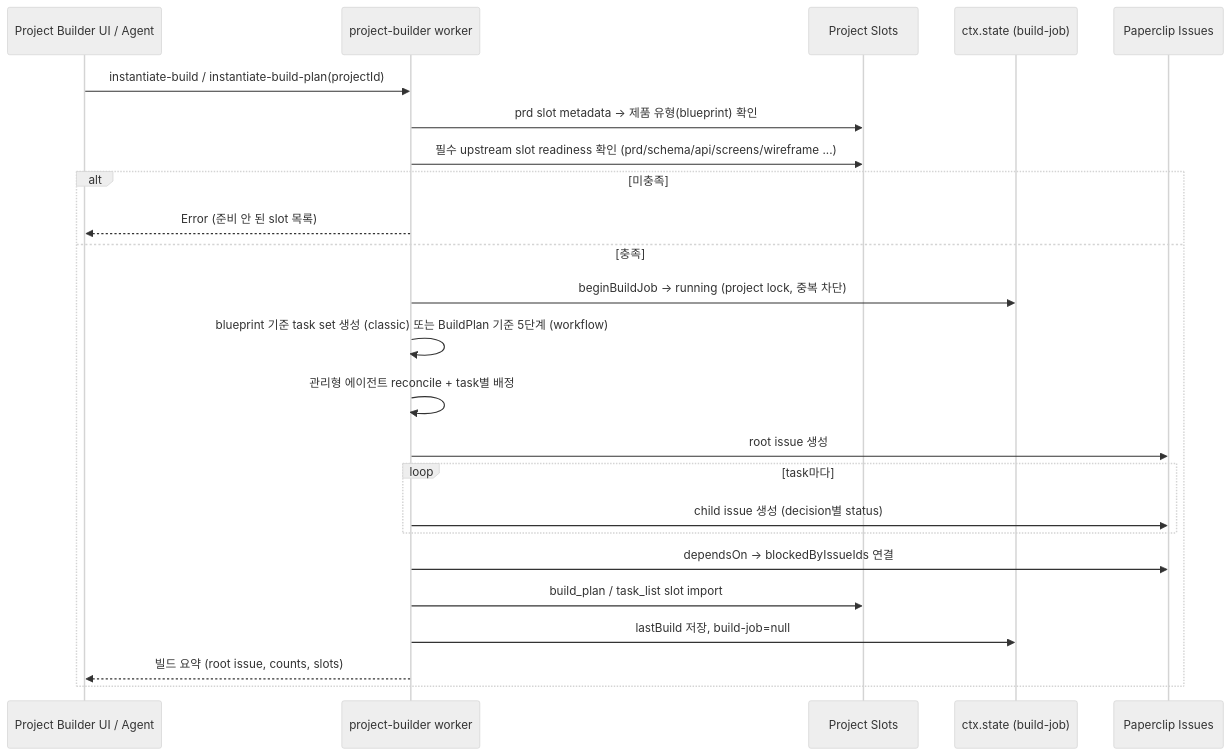
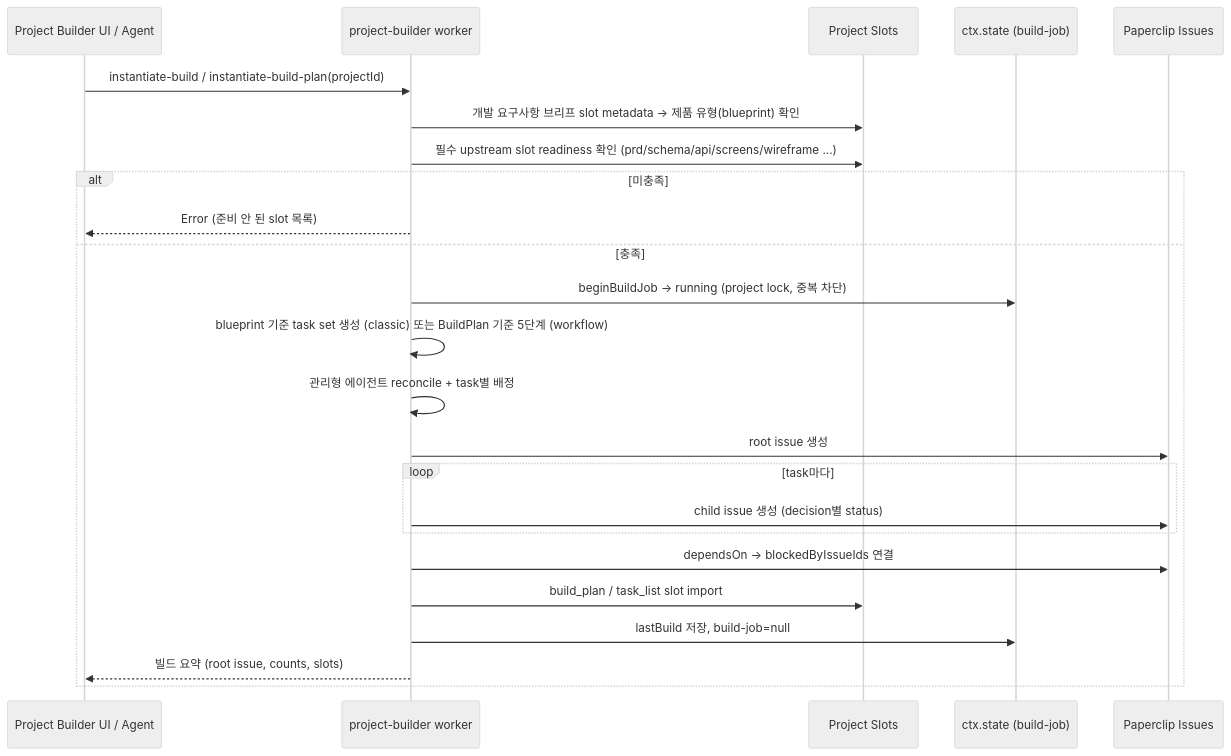
Before and after one commit to BBrightcode-atlas/company-os-v2: the eighth of 8 diagrams in bbr-plugins/builder/README.md, drawn with Mermaid (neutral theme). The commit also changed other lines of this file and 9 other files, not shown here.

````diff
--- a/bbr-plugins/builder/README.md
+++ b/bbr-plugins/builder/README.md
@@ -221,27 +272,27 @@
 ```mermaid
 sequenceDiagram
   participant UI as Project Builder UI / Agent
   participant W as project-builder worker
   participant SL as Project Slots
   participant ST as ctx.state (build-job)
   participant IS as Paperclip Issues
 
   UI->>W: instantiate-build / instantiate-build-plan(projectId)
-  W->>SL: prd slot metadata → 제품 유형(blueprint) 확인
+  W->>SL: 개발 요구사항 브리프 slot metadata → 제품 유형(blueprint) 확인
   W->>SL: 필수 upstream slot readiness 확인 (prd/schema/api/screens/wireframe ...)
   alt 미충족
     W-->>UI: Error (준비 안 된 slot 목록)
   else 충족
     W->>ST: beginBuildJob → running (project lock, 중복 차단)
     W->>W: blueprint 기준 task set 생성 (classic) 또는 BuildPlan 기준 5단계 (workflow)
     W->>W: 관리형 에이전트 reconcile + task별 배정
     W->>IS: root issue 생성
     loop task마다
       W->>IS: child issue 생성 (decision별 status)
     end
     W->>IS: dependsOn → blockedByIssueIds 연결
     W->>SL: build_plan / task_list slot import
     W->>ST: lastBuild 저장, build-job=null
     W-->>UI: 빌드 요약 (root issue, counts, slots)
   end
 ```
````
